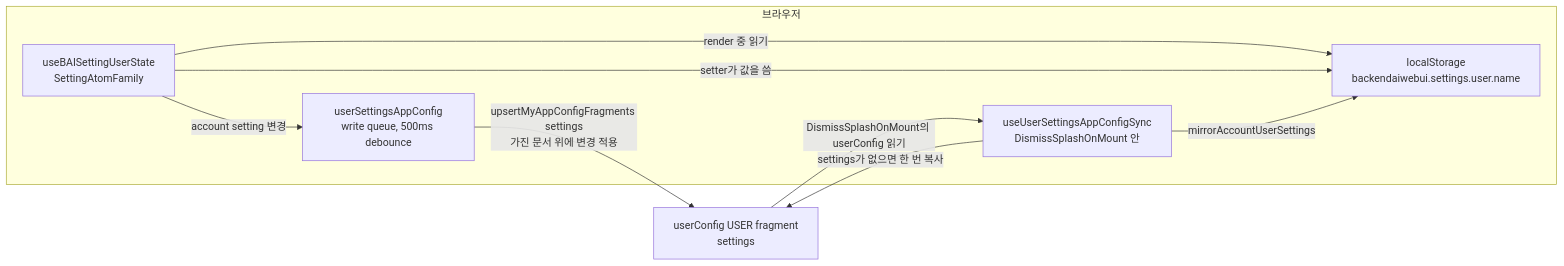
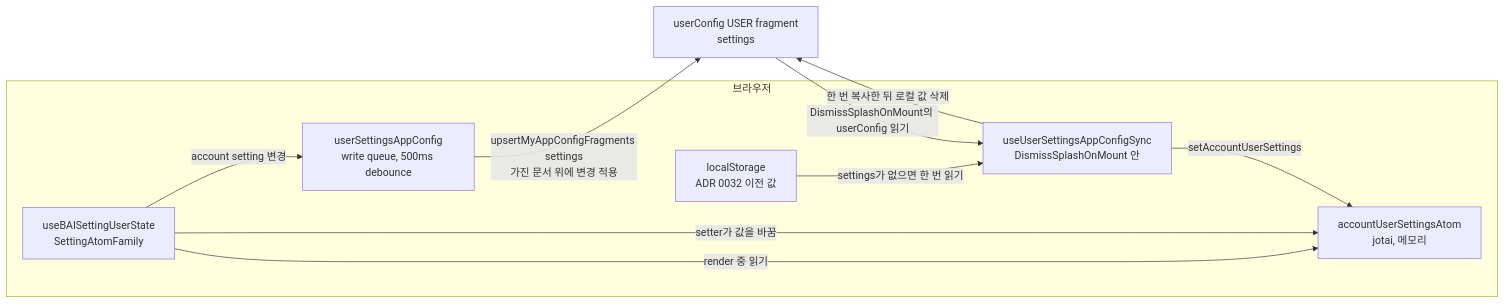
One commit to lablup/backend.ai-webui changed the diagram in docs/adr/0032-personal-settings-in-the-user-app-config.ko.md. Above: the diagram before and after it, drawn with Mermaid. The commit also changed other lines of this file and 14 other files, not shown here.

First line of the commit message:
refactor(#10435): hold account settings in memory instead of a localStorage mirror

````diff
--- a/docs/adr/0032-personal-settings-in-the-user-app-config.ko.md
+++ b/docs/adr/0032-personal-settings-in-the-user-app-config.ko.md
@@ -22,17 +24,19 @@
 ```mermaid
 flowchart LR
   subgraph browser["브라우저"]
     hook["useBAISettingUserState<br/>SettingAtomFamily"]
-    mirror["localStorage<br/>backendaiwebui.settings.user.name"]
+    memory["accountUserSettingsAtom<br/>jotai, 메모리"]
+    legacy["localStorage<br/>ADR 0032 이전 값"]
     queue["userSettingsAppConfig<br/>write queue, 500ms debounce"]
     sync["useUserSettingsAppConfigSync<br/>DismissSplashOnMount 안"]
   end
   user["userConfig USER fragment<br/>settings"]
-  hook -- "render 중 읽기" --> mirror
-  hook -- "setter가 값을 씀" --> mirror
+  hook -- "render 중 읽기" --> memory
+  hook -- "setter가 값을 바꿈" --> memory
   hook -- "account setting 변경" --> queue
   queue -- "upsertMyAppConfigFragments settings<br/>가진 문서 위에 변경 적용" --> user
   user -- "DismissSplashOnMount의 userConfig 읽기" --> sync
-  sync -- "mirrorAccountUserSettings" --> mirror
-  sync -- "settings가 없으면 한 번 복사" --> user
+  sync -- "setAccountUserSettings" --> memory
+  legacy -- "settings가 없으면 한 번 읽기" --> sync
+  sync -- "한 번 복사한 뒤 로컬 값 삭제" --> user
 ```
````
